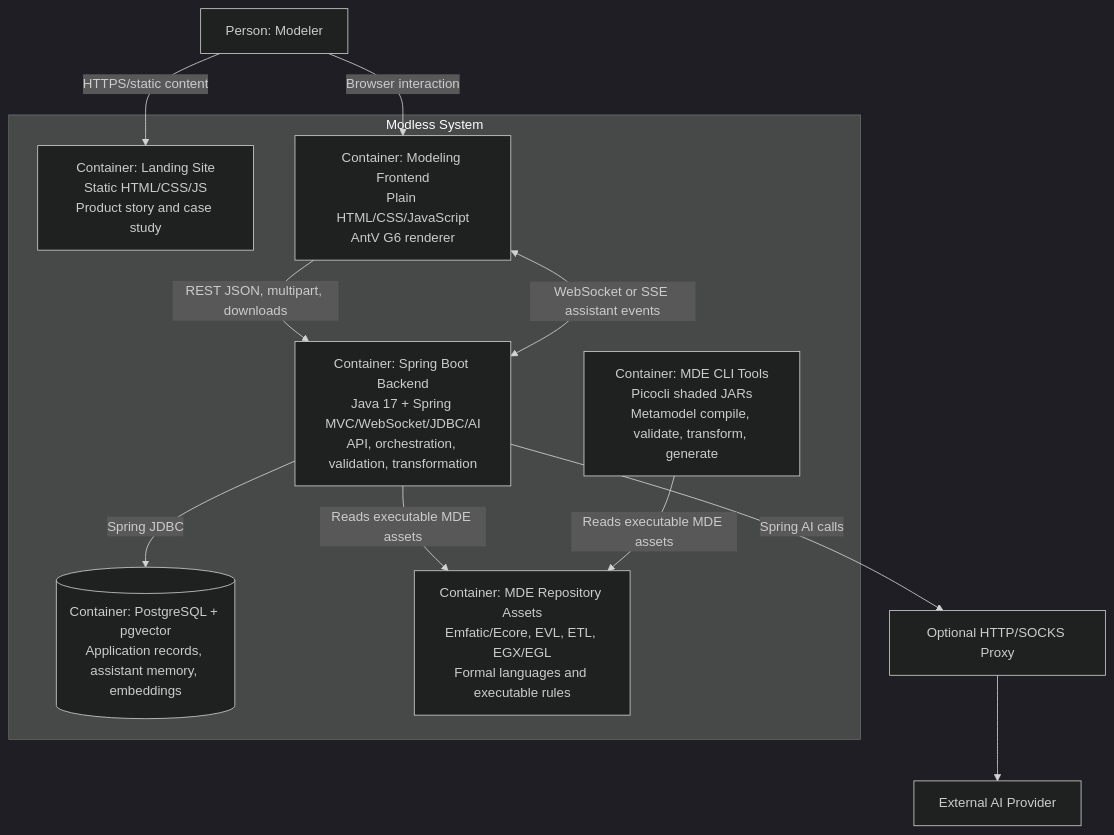
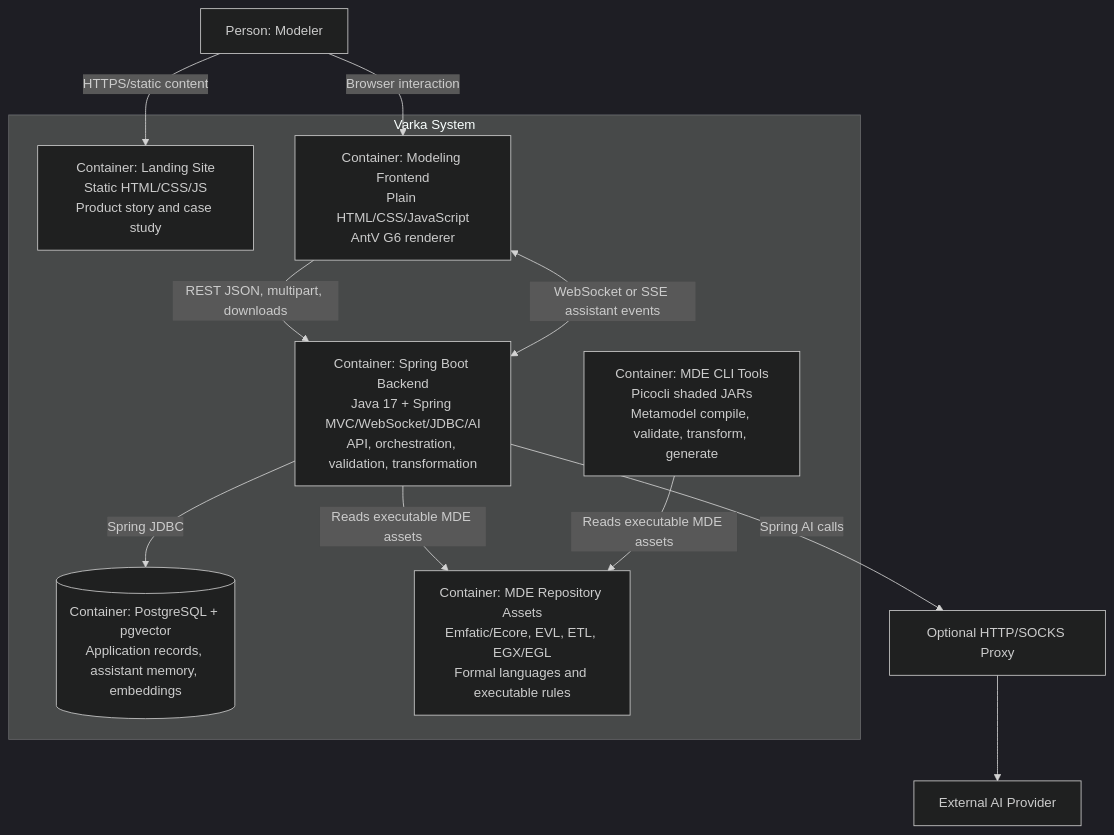
The first of 2 diagrams in docs/diagrams/02-c4-containers.md (mehdieidi/modriss), drawn with Mermaid (dark theme) before and after one commit. The commit also changed 720 other files, not shown here.

````diff
--- a/docs/diagrams/02-c4-containers.md
+++ b/docs/diagrams/02-c4-containers.md
@@ -3,26 +3,26 @@
 ```mermaid
 flowchart TB
     user["Person: Modeler"]
 
-    subgraph modless["Modless System"]
+    subgraph varka["Varka System"]
         landing["Container: Landing Site<br/>Static HTML/CSS/JS<br/>Product story and case study"]
         frontend["Container: Modeling Frontend<br/>Plain HTML/CSS/JavaScript<br/>AntV G6 renderer"]
         backend["Container: Spring Boot Backend<br/>Java 17 + Spring MVC/WebSocket/JDBC/AI<br/>API, orchestration, validation, transformation"]
         postgres[("Container: PostgreSQL + pgvector<br/>Application records, assistant memory, embeddings")]
         mde["Container: MDE Repository Assets<br/>Emfatic/Ecore, EVL, ETL, EGX/EGL<br/>Formal languages and executable rules"]
         cli["Container: MDE CLI Tools<br/>Picocli shaded JARs<br/>Metamodel compile, validate, transform, generate"]
     end
 
     provider["External AI Provider"]
     proxy["Optional HTTP/SOCKS Proxy"]
 
     user -->|"HTTPS/static content"| landing
     user -->|"Browser interaction"| frontend
     frontend -->|"REST JSON, multipart, downloads"| backend
     frontend <-->|"WebSocket or SSE assistant events"| backend
     backend -->|"Spring JDBC"| postgres
     backend -->|"Reads executable MDE assets"| mde
     cli -->|"Reads executable MDE assets"| mde
     backend -->|"Spring AI calls"| proxy
     proxy --> provider
 ```
````
